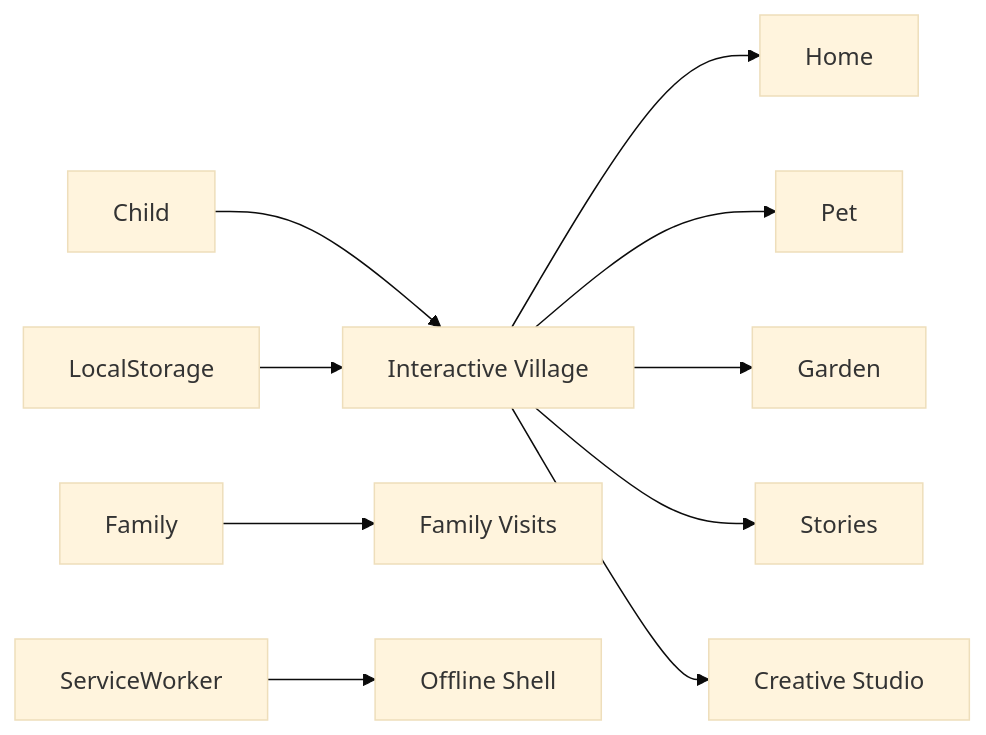
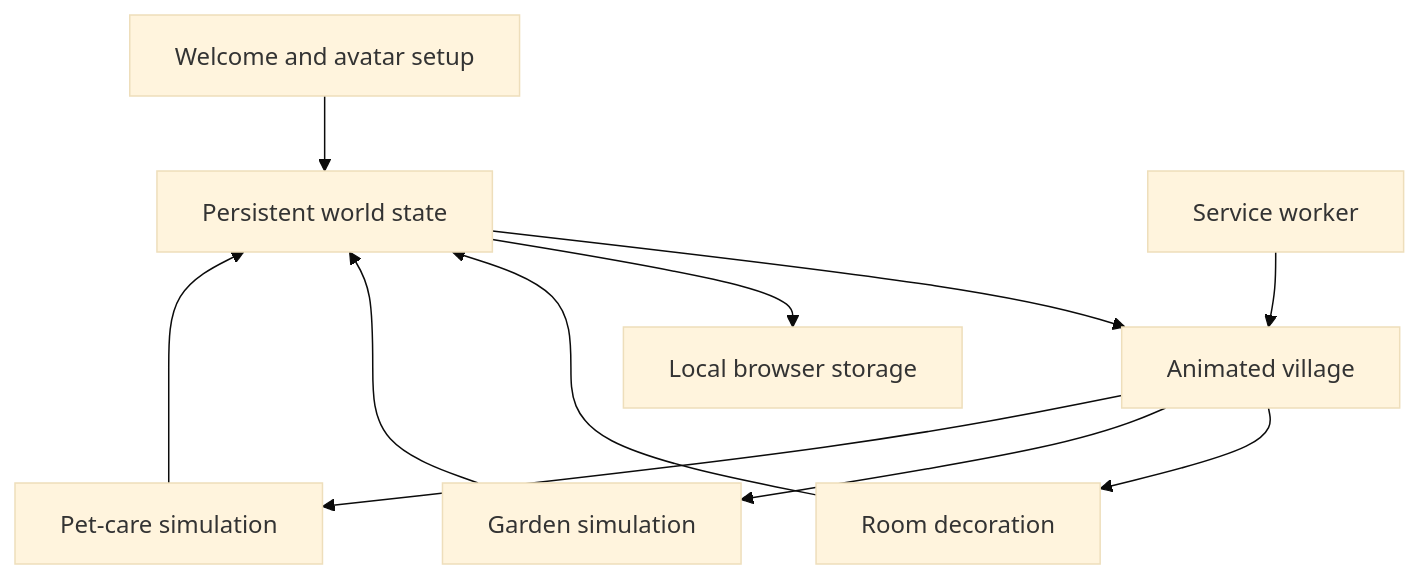
The diagram in README.md (PriyankaSDaida/little-wonder-world), drawn with Mermaid (base theme) before and after one commit. The commit also changed other lines of this file and 4 other files, not shown here.

````diff
--- a/README.md
+++ b/README.md
@@ -27,12 +30,13 @@
 ```mermaid
-flowchart LR
-  Child --> Village[Interactive Village]
-  Village --> Home
-  Village --> Pet
-  Village --> Garden
-  Village --> Stories
-  Village --> Studio[Creative Studio]
-  Family --> Avatars[Family Visits]
-  LocalStorage --> Village
-  ServiceWorker --> Offline[Offline Shell]
+flowchart TD
+  A[Welcome and avatar setup] --> B[Persistent world state]
+  B --> C[Animated village]
+  C --> D[Room decoration]
+  C --> E[Garden simulation]
+  C --> F[Pet-care simulation]
+  D --> B
+  E --> B
+  F --> B
+  B --> G[Local browser storage]
+  H[Service worker] --> C
 ```
````
